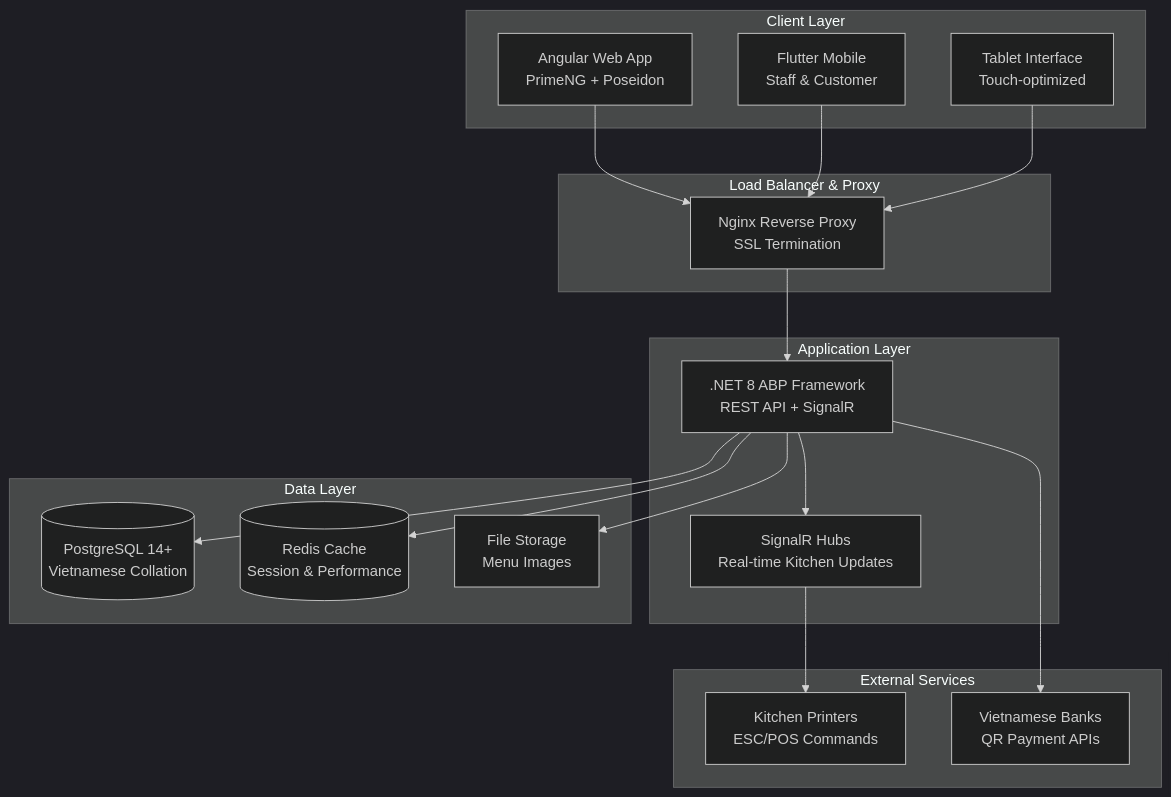
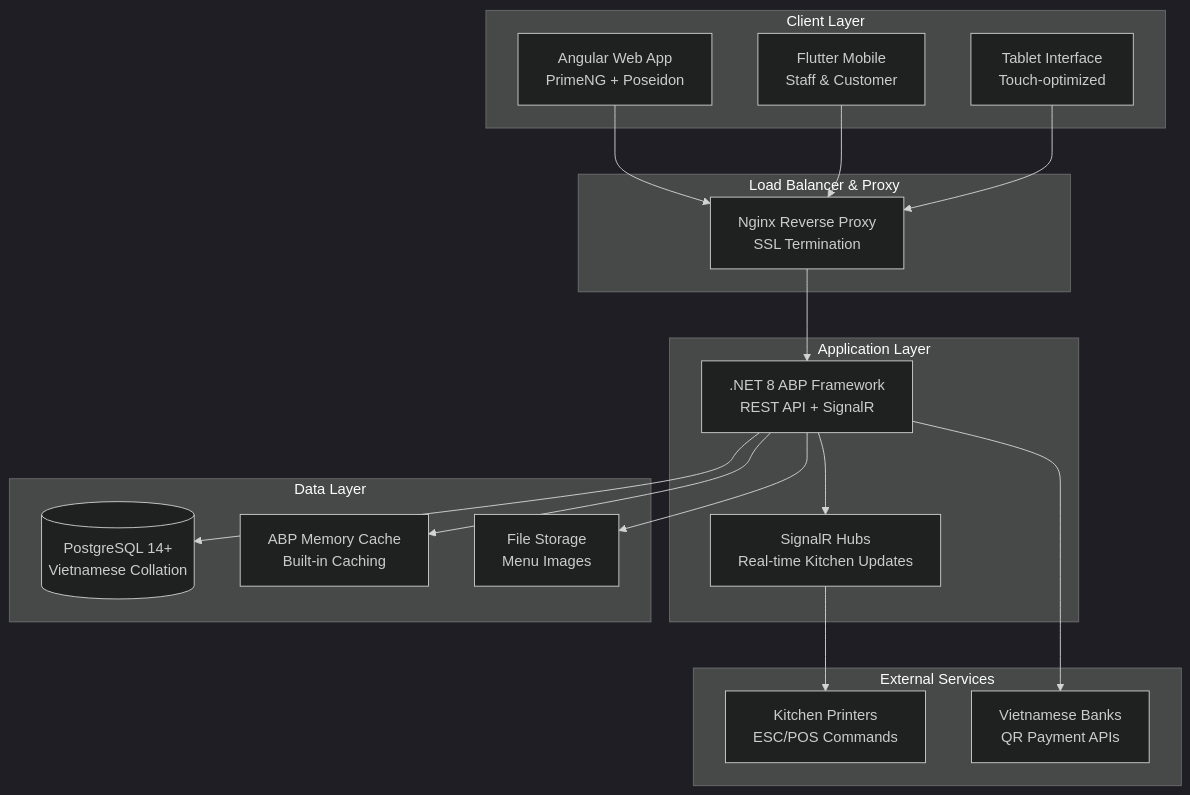
Before and after one commit to hungnv-business/smart-restaurant: the diagram in docs/architecture/high-level-architecture.md, drawn with Mermaid (dark theme). The commit also changed other lines of this file and 5 other files, not shown here.

````diff
--- a/docs/architecture/high-level-architecture.md
+++ b/docs/architecture/high-level-architecture.md
@@ -80,39 +80,39 @@
 ```mermaid
 graph TB
     subgraph "Client Layer"
         WEB[Angular Web App<br/>PrimeNG + Poseidon]
         MOB[Flutter Mobile<br/>Staff & Customer]
         TAB[Tablet Interface<br/>Touch-optimized]
     end
     
     subgraph "Load Balancer & Proxy"
         NGINX[Nginx Reverse Proxy<br/>SSL Termination]
     end
     
     subgraph "Application Layer"
         API[.NET 8 ABP Framework<br/>REST API + SignalR]
         SIGNAL[SignalR Hubs<br/>Real-time Kitchen Updates]
     end
     
     subgraph "Data Layer"
         PG[(PostgreSQL 14+<br/>Vietnamese Collation)]
-        REDIS[(Redis Cache<br/>Session & Performance)]
+        CACHE[ABP Memory Cache<br/>Built-in Caching]
         FILES[File Storage<br/>Menu Images]
     end
     
     subgraph "External Services"
         PRINT[Kitchen Printers<br/>ESC/POS Commands]
         QR[Vietnamese Banks<br/>QR Payment APIs]
     end
     
     WEB --> NGINX
     MOB --> NGINX
     TAB --> NGINX
     NGINX --> API
     API --> SIGNAL
     API --> PG
-    API --> REDIS
+    API --> CACHE
     API --> FILES
     SIGNAL --> PRINT
     API --> QR
 ```
````
